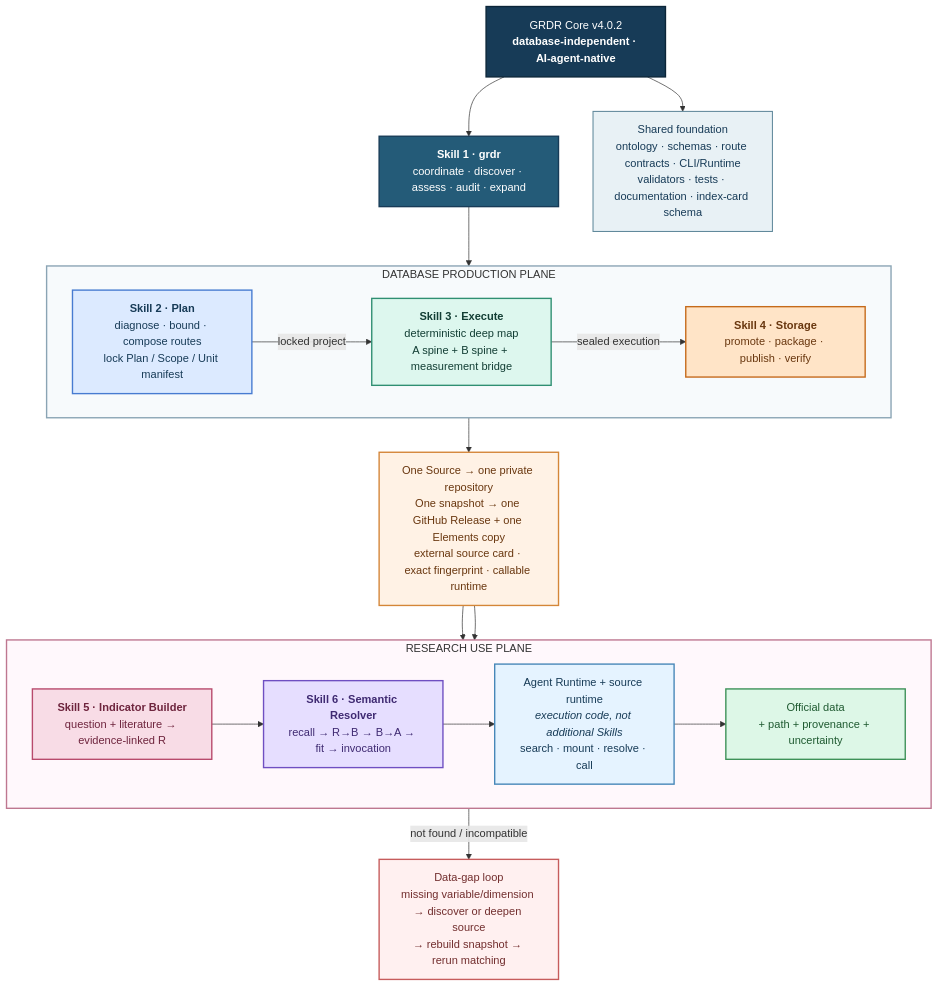
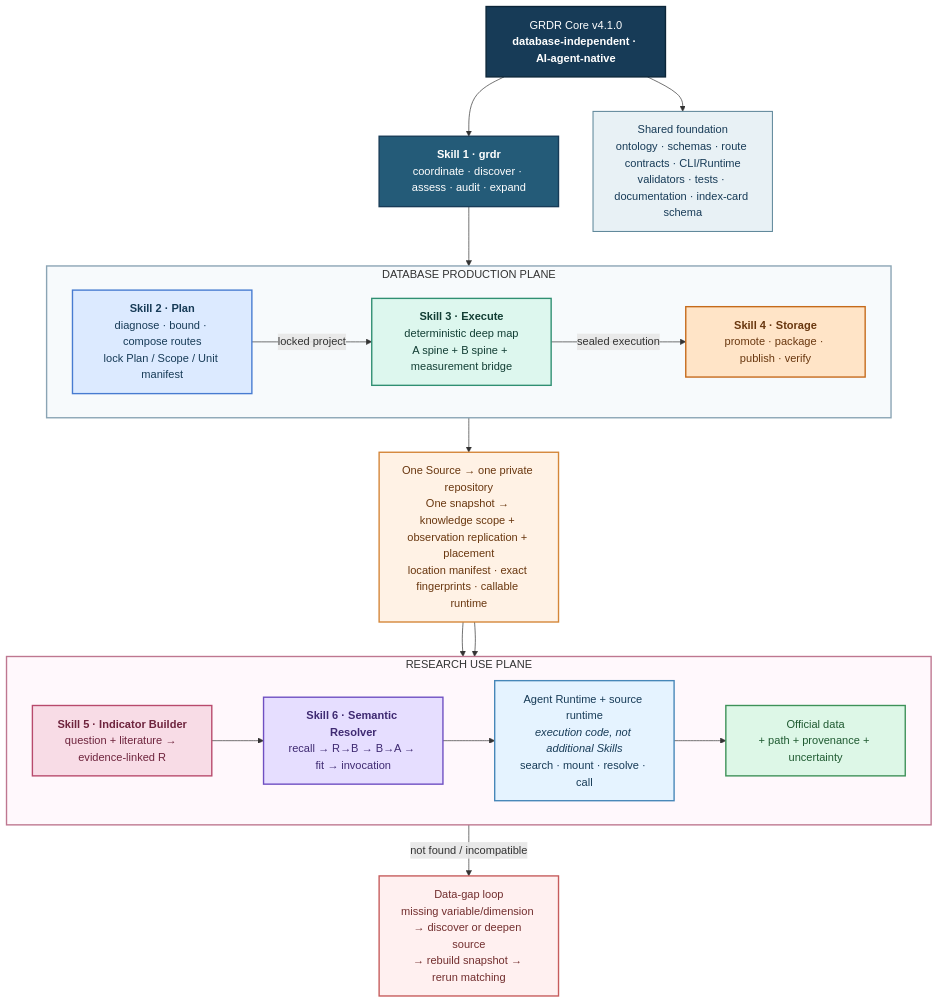
Before and after one commit to yangyuezh/grdr-core-version-archive: the first of 5 diagrams in README.md, drawn with Mermaid. The commit also changed other lines of this file and 31 other files, not shown here.

````diff
--- a/README.md
+++ b/README.md
@@ -27,50 +27,50 @@
 ```mermaid
 flowchart TB
-    CORE["GRDR Core v4.0.2<br/><b>database-independent · AI-agent-native</b>"]:::core
+    CORE["GRDR Core v4.1.0<br/><b>database-independent · AI-agent-native</b>"]:::core
     COORD["<b>Skill 1 · grdr</b><br/>coordinate · discover · assess · audit · expand"]:::coreSkill
     SHARED["Shared foundation<br/>ontology · schemas · route contracts · CLI/Runtime<br/>validators · tests · documentation · index-card schema"]:::shared
 
     subgraph PROD["DATABASE PRODUCTION PLANE"]
         direction LR
         PLAN_OV["<b>Skill 2 · Plan</b><br/>diagnose · bound · compose routes<br/>lock Plan / Scope / Unit manifest"]:::plan
         EXEC_OV["<b>Skill 3 · Execute</b><br/>deterministic deep map<br/>A spine + B spine + measurement bridge"]:::execute
         STORE_OV["<b>Skill 4 · Storage</b><br/>promote · package · publish · verify"]:::storage
         PLAN_OV -->|"locked project"| EXEC_OV -->|"sealed execution"| STORE_OV
     end
 
-    SNAP["One Source → one private repository<br/>One snapshot → one GitHub Release + one Elements copy<br/>external source card · exact fingerprint · callable runtime"]:::artifact
+    SNAP["One Source → one private repository<br/>One snapshot → knowledge scope + observation replication + placement<br/>location manifest · exact fingerprints · callable runtime"]:::artifact
 
     subgraph USE["RESEARCH USE PLANE"]
         direction LR
         BUILD_OV["<b>Skill 5 · Indicator Builder</b><br/>question + literature → evidence-linked R"]:::research
         SEM_OV["<b>Skill 6 · Semantic Resolver</b><br/>recall → R→B → B→A → fit → invocation"]:::semantic
         RUN_OV["Agent Runtime + source runtime<br/><i>execution code, not additional Skills</i><br/>search · mount · resolve · call"]:::runtime
         OUT_OV["Official data<br/>+ path + provenance + uncertainty"]:::result
         BUILD_OV --> SEM_OV --> RUN_OV --> OUT_OV
     end
 
     GAP_OV["Data-gap loop<br/>missing variable/dimension → discover or deepen source<br/>→ rebuild snapshot → rerun matching"]:::gap
 
     CORE --> COORD
     CORE --> SHARED
     COORD --> PLAN_OV
     STORE_OV --> SNAP
     SNAP --> SEM_OV
     SNAP --> RUN_OV
     SEM_OV -->|"not found / incompatible"| GAP_OV
 
     classDef core fill:#173B57,stroke:#0B2538,color:#FFFFFF,stroke-width:2px;
     classDef coreSkill fill:#245B78,stroke:#173B57,color:#FFFFFF,stroke-width:2px;
     classDef shared fill:#E8F1F5,stroke:#5E879A,color:#173B57,stroke-width:1.5px;
     classDef plan fill:#DCEAFF,stroke:#477BD1,color:#173B57,stroke-width:2px;
     classDef execute fill:#DDF7EE,stroke:#2F8F72,color:#123E34,stroke-width:2px;
     classDef storage fill:#FFE4C7,stroke:#C56A1B,color:#69370F,stroke-width:2px;
     classDef artifact fill:#FFF2E5,stroke:#D48638,color:#69370F,stroke-width:2px;
     classDef research fill:#F8DCE6,stroke:#B84A6C,color:#6E243D,stroke-width:2px;
     classDef semantic fill:#E6DEFF,stroke:#6F4FC2,color:#3F2A72,stroke-width:2px;
     classDef runtime fill:#E5F3FF,stroke:#4787B8,color:#173B57,stroke-width:2px;
     classDef result fill:#DDF7E7,stroke:#3D9158,color:#1F5A31,stroke-width:2px;
     classDef gap fill:#FFF0F0,stroke:#C65C5C,color:#722E2E,stroke-width:2px;
     style PROD fill:#F7FAFC,stroke:#8AA4B4,stroke-width:2px
     style USE fill:#FFF8FC,stroke:#BE7790,stroke-width:2px
 ```
````
